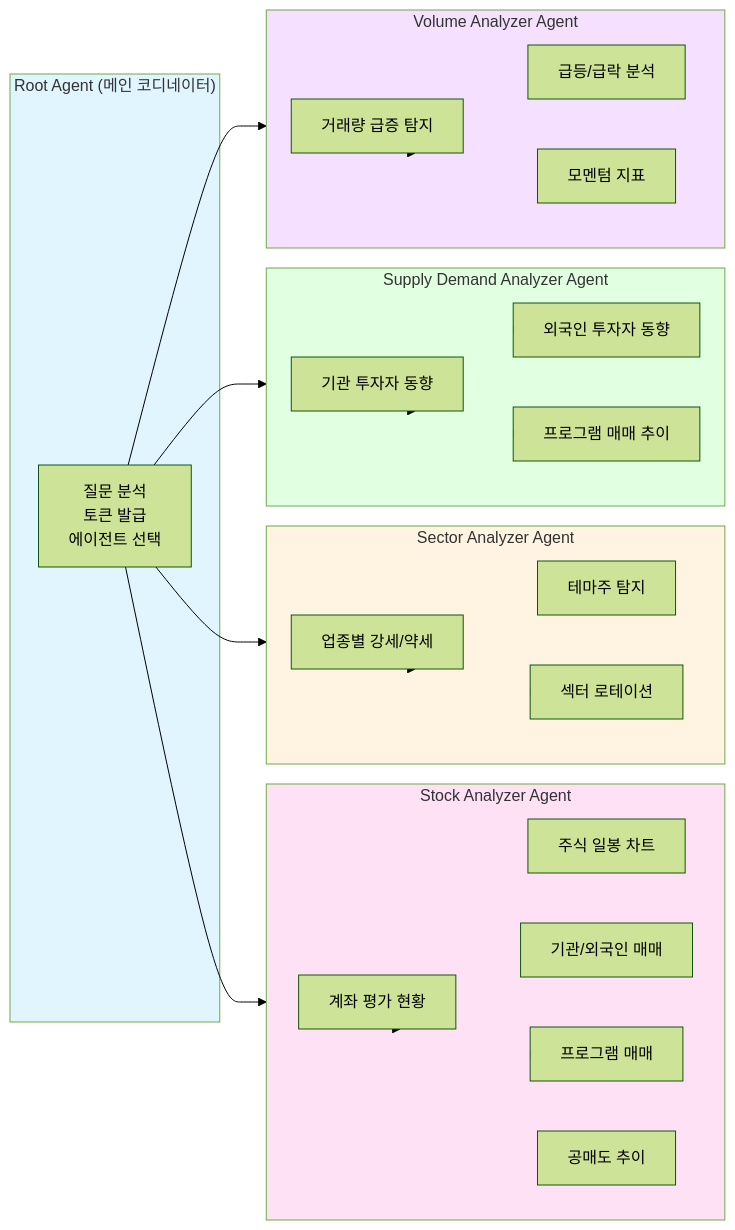
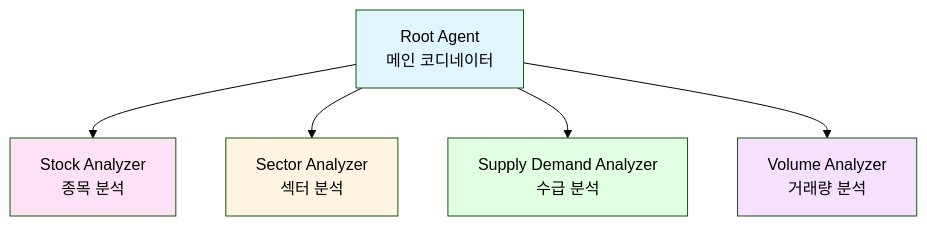
One commit to miachoidev/mango-stock-monorepo changed the third of 3 diagrams in README.md. Above: the diagram before and after it, drawn with Mermaid (forest theme). The commit also changed other lines of this file, not shown here.

````diff
--- a/README.md
+++ b/README.md
@@ -339,61 +313,19 @@
 ```mermaid
-graph LR
-    subgraph RootAgent["Root Agent (메인 코디네이터)"]
-        Root["질문 분석<br/>토큰 발급<br/>에이전트 선택"]
-    end
+graph TB
+    Root["Root Agent<br/>메인 코디네이터"]
+    Stock["Stock Analyzer<br/>종목 분석"]
+    Sector["Sector Analyzer<br/>섹터 분석"]
+    Supply["Supply Demand Analyzer<br/>수급 분석"]
+    Volume["Volume Analyzer<br/>거래량 분석"]
+    
+    Root --> Stock
+    Root --> Sector
+    Root --> Supply
+    Root --> Volume
 
-    subgraph StockAgent["Stock Analyzer Agent"]
-        Stock1["계좌 평가 현황"]
-        Stock2["주식 일봉 차트"]
-        Stock3["기관/외국인 매매"]
-        Stock4["프로그램 매매"]
-        Stock5["공매도 추이"]
-    end
-
-    subgraph SectorAgent["Sector Analyzer Agent"]
-        Sector1["업종별 강세/약세"]
-        Sector2["테마주 탐지"]
-        Sector3["섹터 로테이션"]
-    end
-
-    subgraph SupplyAgent["Supply Demand Analyzer Agent"]
-        Supply1["기관 투자자 동향"]
-        Supply2["외국인 투자자 동향"]
-        Supply3["프로그램 매매 추이"]
-    end
-
-    subgraph VolumeAgent["Volume Analyzer Agent"]
-        Volume1["거래량 급증 탐지"]
-        Volume2["급등/급락 분석"]
-        Volume3["모멘텀 지표"]
-    end
-
-    Root --> StockAgent
-    Root --> SectorAgent
-    Root --> SupplyAgent
-    Root --> VolumeAgent
-
-    StockAgent --> Stock1
-    StockAgent --> Stock2
-    StockAgent --> Stock3
-    StockAgent --> Stock4
-    StockAgent --> Stock5
-
-    SectorAgent --> Sector1
-    SectorAgent --> Sector2
-    SectorAgent --> Sector3
-
-    SupplyAgent --> Supply1
-    SupplyAgent --> Supply2
-    SupplyAgent --> Supply3
-
-    VolumeAgent --> Volume1
-    VolumeAgent --> Volume2
-    VolumeAgent --> Volume3
-
-    style RootAgent fill:#e1f5ff
-    style StockAgent fill:#ffe1f5
-    style SectorAgent fill:#fff4e1
-    style SupplyAgent fill:#e1ffe1
-    style VolumeAgent fill:#f5e1ff
+    style Root fill:#e1f5ff
+    style Stock fill:#ffe1f5
+    style Sector fill:#fff4e1
+    style Supply fill:#e1ffe1
+    style Volume fill:#f5e1ff
 ```
````
